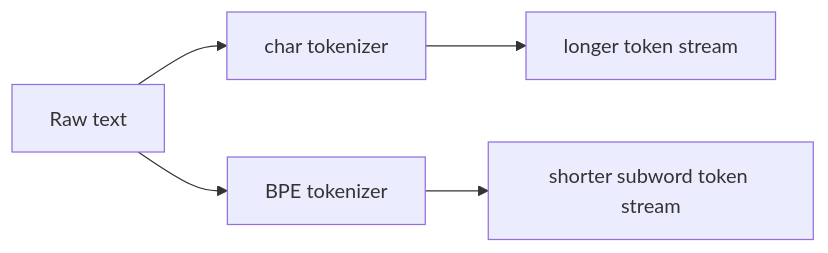
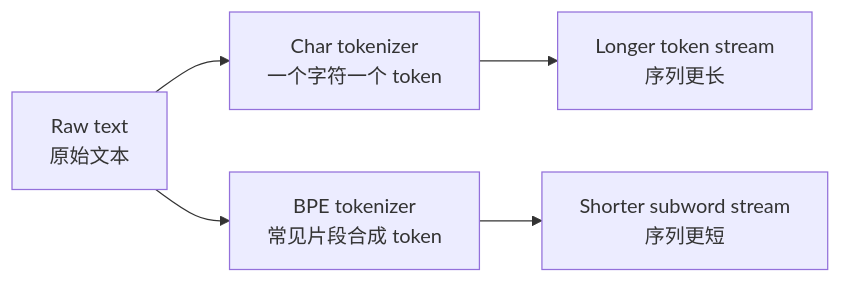
One commit to Lewis-Xinyu/gpt2-to-2026 changed the fifth of 9 diagrams in docs/architecture_roadmap.md. Above: the diagram before and after it, drawn with Mermaid. The commit also changed other lines of this file and 1 other file, not shown here.

Commit message:
Expand bilingual roadmap documentation

````diff
--- a/docs/architecture_roadmap.md
+++ b/docs/architecture_roadmap.md
@@ -83,7 +126,11 @@
 ```mermaid
 flowchart LR
-    A["Raw text"] --> B0["char tokenizer"]
-    A --> B1["BPE tokenizer"]
-    B0 --> C0["longer token stream"]
-    B1 --> C1["shorter subword token stream"]
+    A["Raw text<br/>原始文本"]
+    B0["Char tokenizer<br/>一个字符一个 token"]
+    B1["BPE tokenizer<br/>常见片段合成 token"]
+    C0["Longer token stream<br/>序列更长"]
+    C1["Shorter subword stream<br/>序列更短"]
+
+    A --> B0 --> C0
+    A --> B1 --> C1
 ```
````
